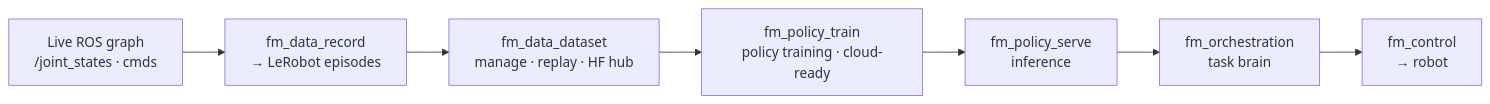
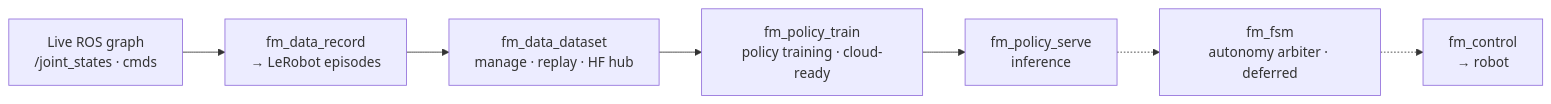
Before and after one commit to first-motive/fm-ros2: the eighth of 8 diagrams in docs/ARCHITECTURE.md, drawn with Mermaid. The commit also changed other lines of this file and 14 other files, not shown here.

````diff
--- a/docs/ARCHITECTURE.md
+++ b/docs/ARCHITECTURE.md
@@ -399,9 +396,9 @@
 ```mermaid
 flowchart LR
     livegraph[Live ROS graph<br/>/joint_states · cmds] --> record[fm_data_record<br/>→ LeRobot episodes]
     record --> dataset[fm_data_dataset<br/>manage · replay · HF hub]
     dataset --> train[fm_policy_train<br/>policy training · cloud-ready]
     train --> serve[fm_policy_serve<br/>inference]
-    serve --> orch[fm_orchestration<br/>task brain]
-    orch --> control[fm_control<br/>→ robot]
+    serve -.-> arbiter[fm_fsm<br/>autonomy arbiter · deferred]
+    arbiter -.-> control[fm_control<br/>→ robot]
 ```
````
